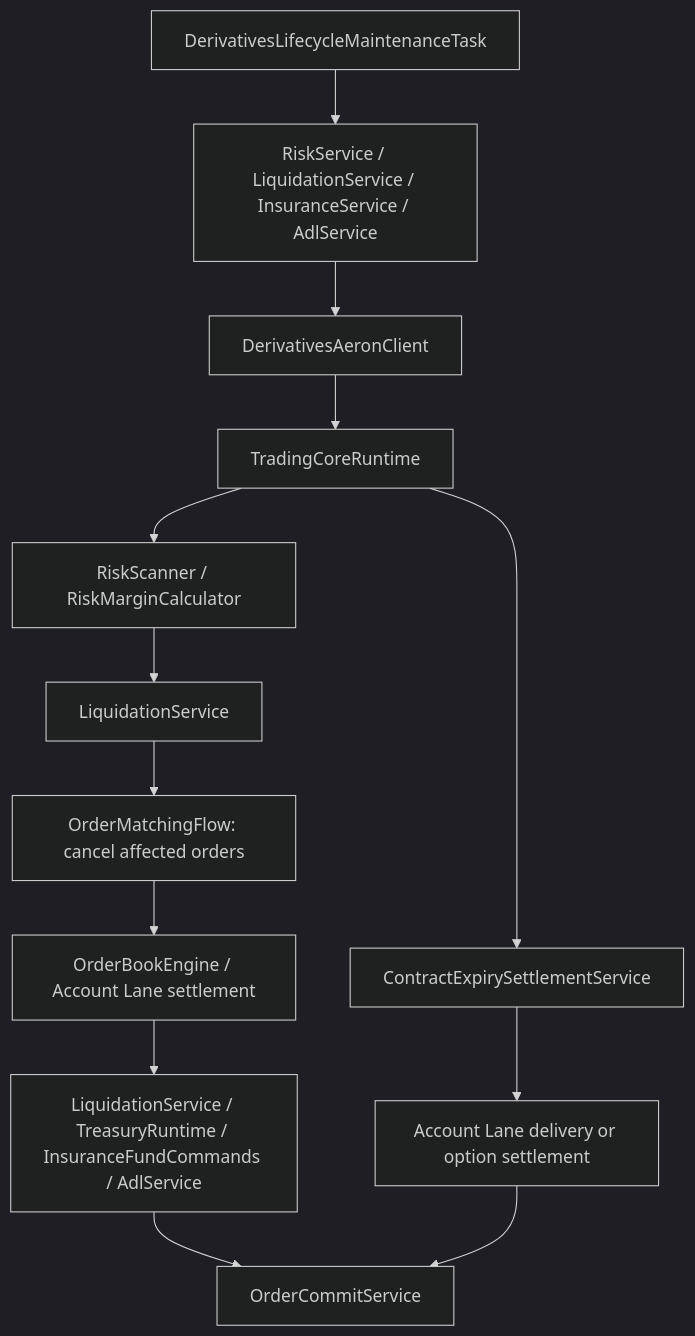
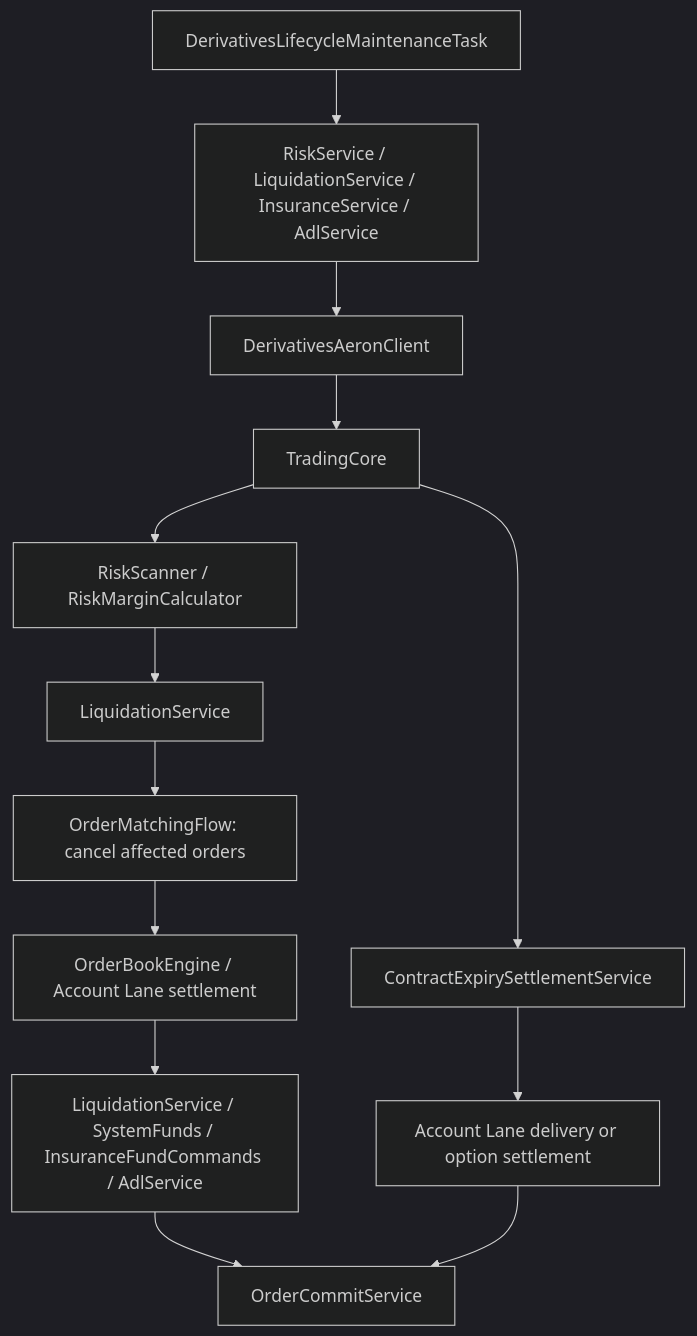
The tenth of 15 diagrams in README.md (lilaizhencn/surprising-ex), drawn with Mermaid (dark theme) before and after one commit. The commit also changed other lines of this file and 329 other files, not shown here.

````diff
--- a/README.md
+++ b/README.md
@@ -253,15 +253,15 @@
 ```mermaid
 flowchart TB
     Task[DerivativesLifecycleMaintenanceTask] --> Services[RiskService / LiquidationService / InsuranceService / AdlService]
     Services --> Client[DerivativesAeronClient]
-    Client --> Runtime[TradingCoreRuntime]
+    Client --> Runtime[TradingCore]
     Runtime --> Risk[RiskScanner / RiskMarginCalculator]
     Risk --> Liquidation[LiquidationService]
     Liquidation --> Cancellation[OrderMatchingFlow: cancel affected orders]
     Cancellation --> Matching[OrderBookEngine / Account Lane settlement]
-    Matching --> Resolution[LiquidationService / TreasuryRuntime / InsuranceFundCommands / AdlService]
+    Matching --> Resolution[LiquidationService / SystemFunds / InsuranceFundCommands / AdlService]
     Runtime --> Expiry[ContractExpirySettlementService]
     Expiry --> Accounts[Account Lane delivery or option settlement]
     Resolution --> Commit[OrderCommitService]
     Accounts --> Commit
 ```
````
